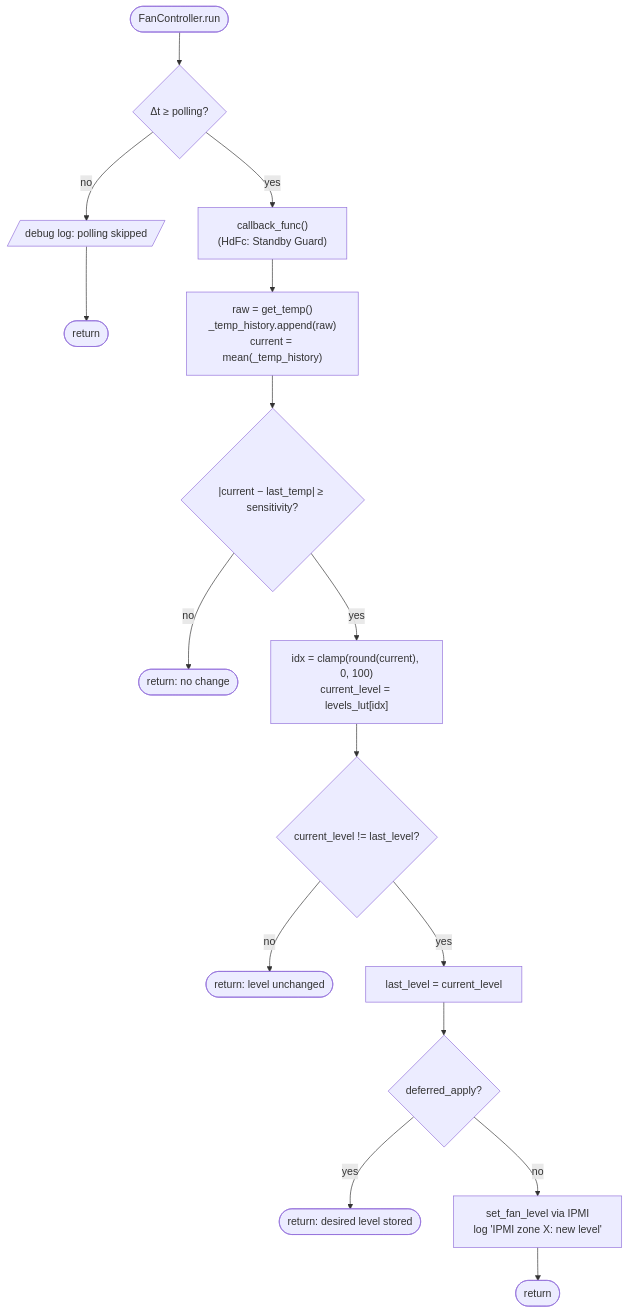
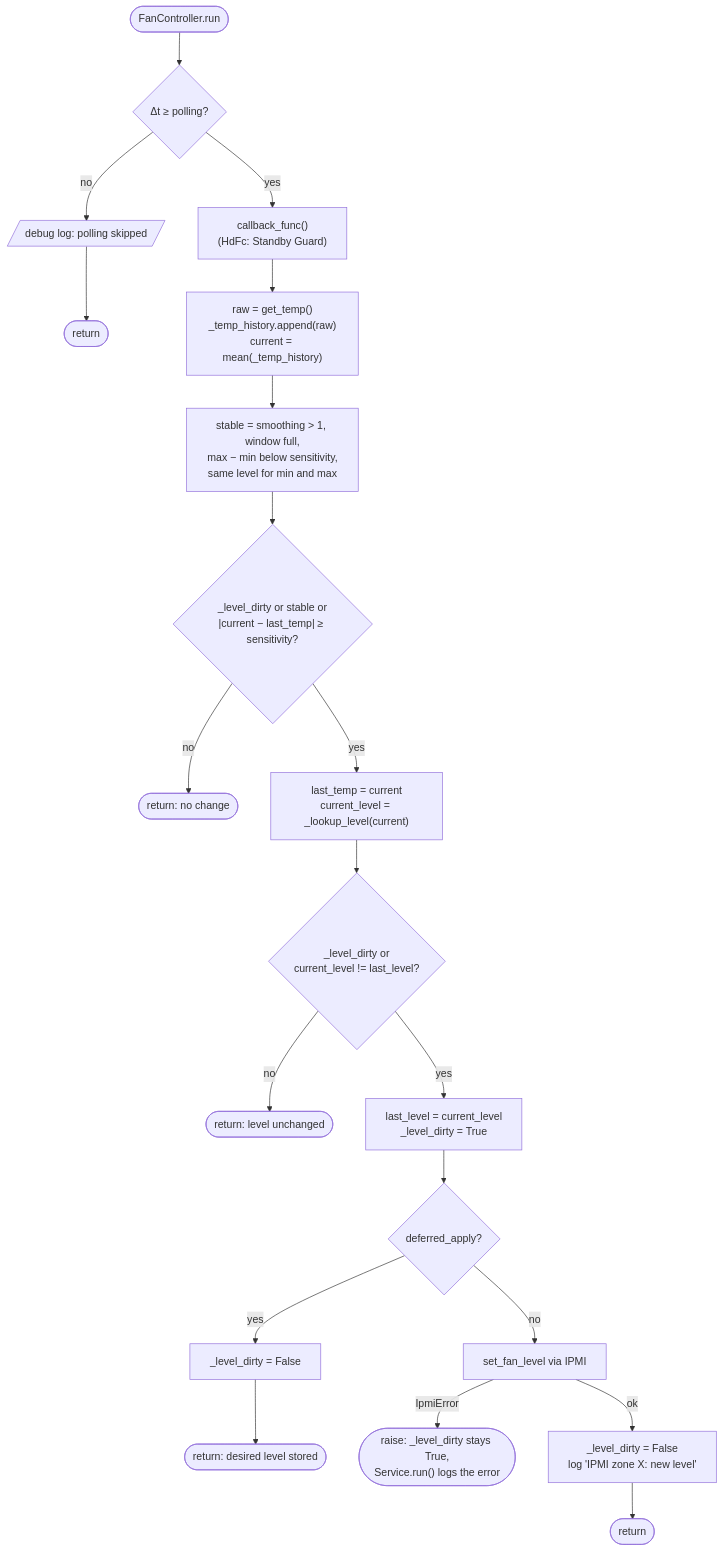
One commit to petersulyok/smfc changed the fifth of 11 diagrams in ARCHITECTURE.md. Above: the diagram before and after it, drawn with Mermaid. The commit also changed other lines of this file, not shown here.

Commit message:
Changed: ARCHITECTURE.md describes the fan level retry and the stable smoothing window of issue #126

````diff
--- a/ARCHITECTURE.md
+++ b/ARCHITECTURE.md
@@ -714,17 +715,19 @@
 ```mermaid
 flowchart TD
     Start([FanController.run]) --> A{Δt ≥ polling?}
     A -- no --> Z1[/debug log: polling skipped/] --> E1([return])
     A -- yes --> B["callback_func()<br/>(HdFc: Standby Guard)"]
     B --> C["raw = get_temp()<br/>_temp_history.append(raw)<br/>current = mean(_temp_history)"]
-    C --> D{"|current − last_temp| ≥ sensitivity?"}
+    C --> S["stable = smoothing > 1, window full,<br/>max − min below sensitivity,<br/>same level for min and max"]
+    S --> D{"_level_dirty or stable or<br/>|current − last_temp| ≥ sensitivity?"}
     D -- no --> E2([return: no change])
-    D -- yes --> F["idx = clamp(round(current), 0, 100)<br/>current_level = levels_lut[idx]"]
-    F --> G{current_level != last_level?}
+    D -- yes --> F["last_temp = current<br/>current_level = _lookup_level(current)"]
+    F --> G{"_level_dirty or<br/>current_level != last_level?"}
     G -- no --> E3([return: level unchanged])
-    G -- yes --> H[last_level = current_level]
+    G -- yes --> H["last_level = current_level<br/>_level_dirty = True"]
     H --> I{deferred_apply?}
-    I -- yes --> E4([return: desired level stored])
-    I -- no --> J["set_fan_level via IPMI<br/>log 'IPMI zone X: new level'"]
-    J --> E5([return])
+    I -- yes --> K[_level_dirty = False] --> E4([return: desired level stored])
+    I -- no --> J[set_fan_level via IPMI]
+    J -- IpmiError --> X(["raise: _level_dirty stays True,<br/>Service.run() logs the error"])
+    J -- ok --> L["_level_dirty = False<br/>log 'IPMI zone X: new level'"] --> E5([return])
 ```
````
